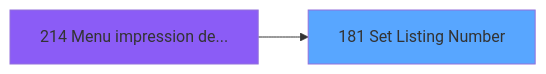
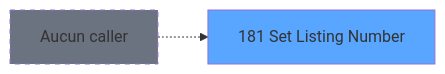
One commit to thonyAGP/lecteur-magic changed the second of 3 diagrams in .openspec/specs/ADH-IDE-181.md. Above: the diagram before and after it, drawn with Mermaid. The commit also changed other lines of this file and 493 other files, not shown here.

````diff
--- a/.openspec/specs/ADH-IDE-181.md
+++ b/.openspec/specs/ADH-IDE-181.md
@@ -120,8 +149,8 @@
 ```mermaid
 graph LR
     T181[181 Set Listing Number]
     style T181 fill:#58a6ff
-    CC214[214 Menu impression de...]
-    style CC214 fill:#8b5cf6
-    CC214 --> T181
+    NONE[Aucun caller]
+    NONE -.-> T181
+    style NONE fill:#6b7280,stroke-dasharray: 5 5
 ```
````
